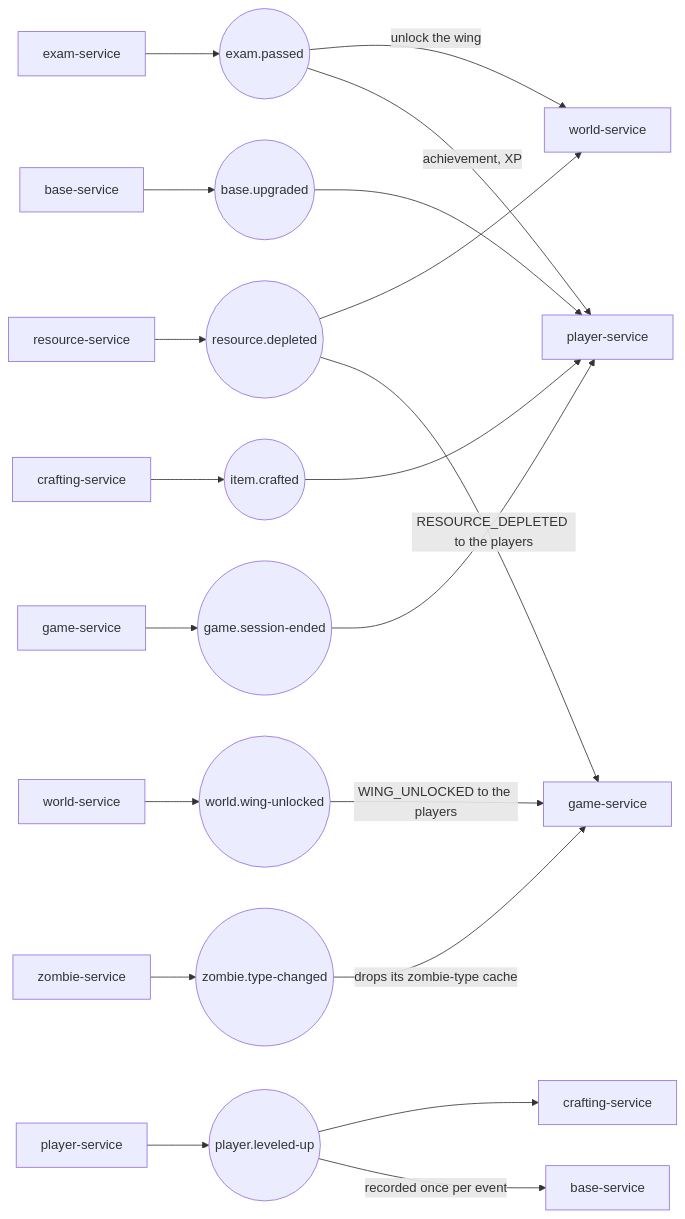
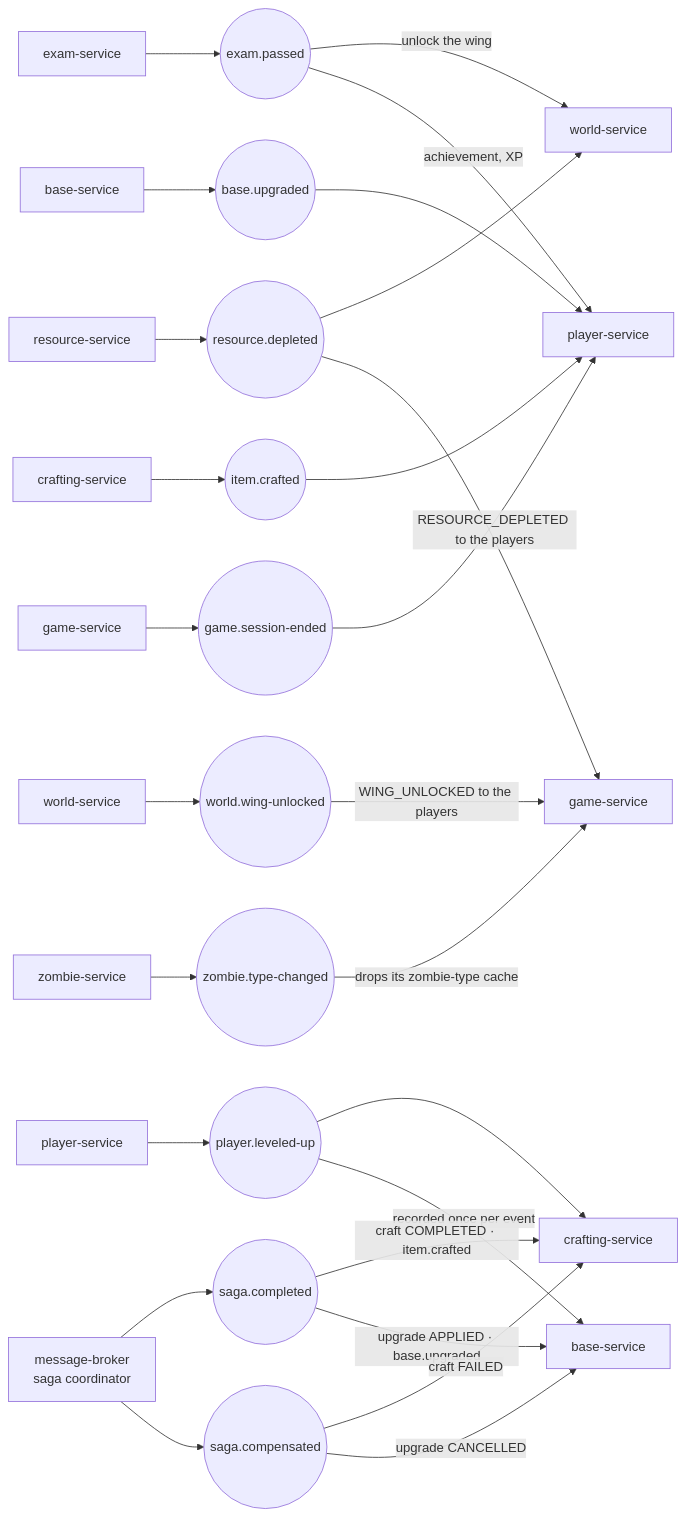
Before and after one commit to kahoots-undead-faf-team-6/kahoots-with-the-undead: the third of 3 diagrams in README.md, drawn with Mermaid. The commit also changed other lines of this file, not shown here.

Commit message:
docs: Lab 5 architecture diagram, saga diagram, Resource and Base endpoints

````diff
--- a/README.md
+++ b/README.md
@@ -132,23 +188,29 @@
 ```mermaid
 graph LR
     ExamP[exam-service] --> T1((exam.passed))
     WorldP[world-service] --> T2((world.wing-unlocked))
     ResourceP[resource-service] --> T3((resource.depleted))
     BaseP[base-service] --> T4((base.upgraded))
     CraftingP[crafting-service] --> T5((item.crafted))
     PlayerP[player-service] --> T6((player.leveled-up))
     GameP[game-service] --> T7((game.session-ended))
     ZombieP[zombie-service] --> T8((zombie.type-changed))
+    SagaP[message-broker<br/>saga coordinator] --> T9((saga.completed))
+    SagaP --> T10((saga.compensated))
 
     T1 -->|unlock the wing| WorldS[world-service]
     T1 -->|achievement, XP| PlayerS[player-service]
     T2 -->|WING_UNLOCKED to the players| GameS[game-service]
     T3 --> WorldS
     T3 -->|RESOURCE_DEPLETED to the players| GameS
     T4 --> PlayerS
     T5 --> PlayerS
     T6 --> CraftingS[crafting-service]
     T6 -->|recorded once per event| BaseS[base-service]
     T7 --> PlayerS
     T8 -->|drops its zombie-type cache| GameS
+    T9 -->|"craft COMPLETED · item.crafted"| CraftingS
+    T9 -->|"upgrade APPLIED · base.upgraded"| BaseS
+    T10 -->|craft FAILED| CraftingS
+    T10 -->|upgrade CANCELLED| BaseS
 ```
````
